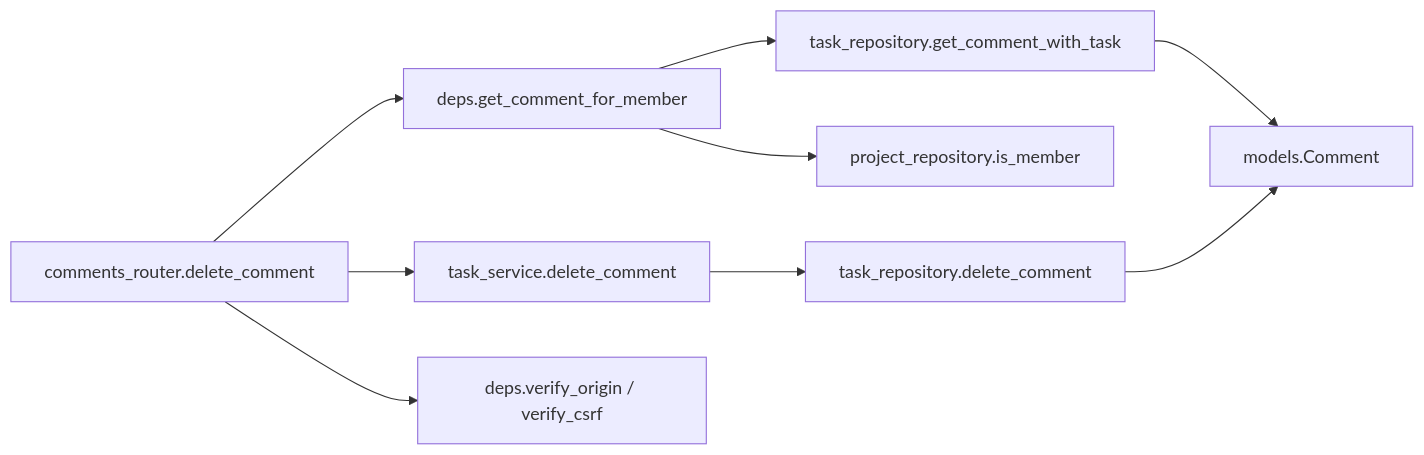
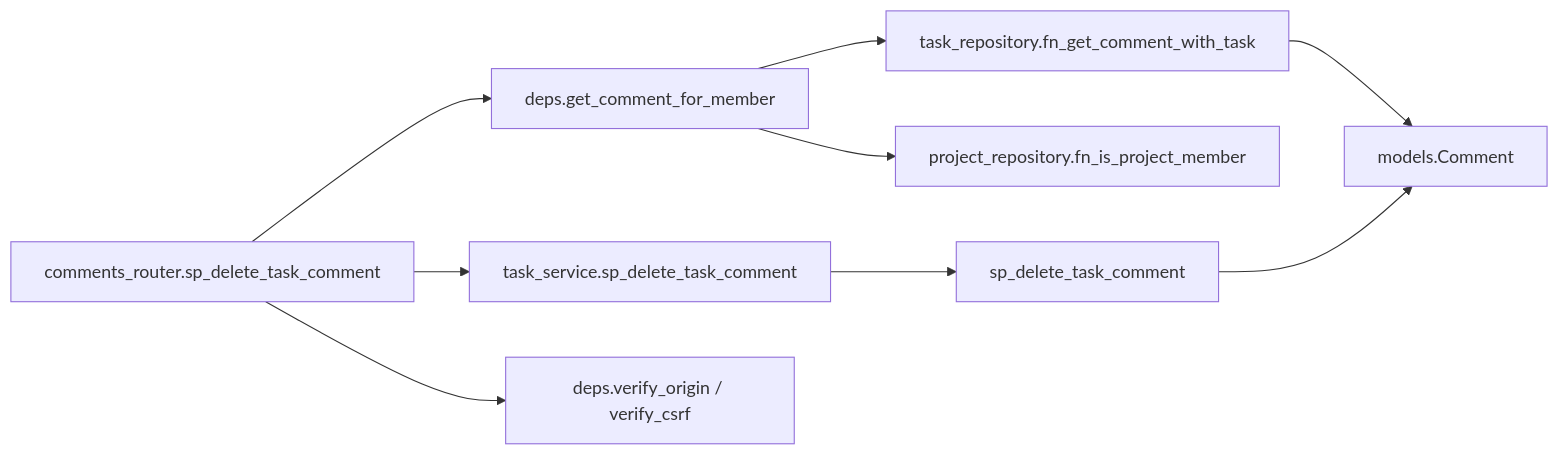
The third of 4 diagrams in detailed_design/api/tasks/09_delete_comment.md (oikawa-d/task_management), drawn with Mermaid before and after one commit. The commit also changed other lines of this file and 58 other files, not shown here.

````diff
--- a/detailed_design/api/tasks/09_delete_comment.md
+++ b/detailed_design/api/tasks/09_delete_comment.md
@@ -171,11 +171,11 @@
 ```mermaid
 flowchart LR
-    R["comments_router.delete_comment"] --> D["deps.get_comment_for_member"]
-    R --> S["task_service.delete_comment"]
-    D --> TR1["task_repository.get_comment_with_task"]
-    D --> PR["project_repository.is_member"]
-    S --> TR2["task_repository.delete_comment"]
+    R["comments_router.sp_delete_task_comment"] --> D["deps.get_comment_for_member"]
+    R --> S["task_service.sp_delete_task_comment"]
+    D --> TR1["task_repository.fn_get_comment_with_task"]
+    D --> PR["project_repository.fn_is_project_member"]
+    S --> TR2["sp_delete_task_comment"]
     TR1 --> M["models.Comment"]
     TR2 --> M
     R --> V["deps.verify_origin / verify_csrf"]
 ```
````
